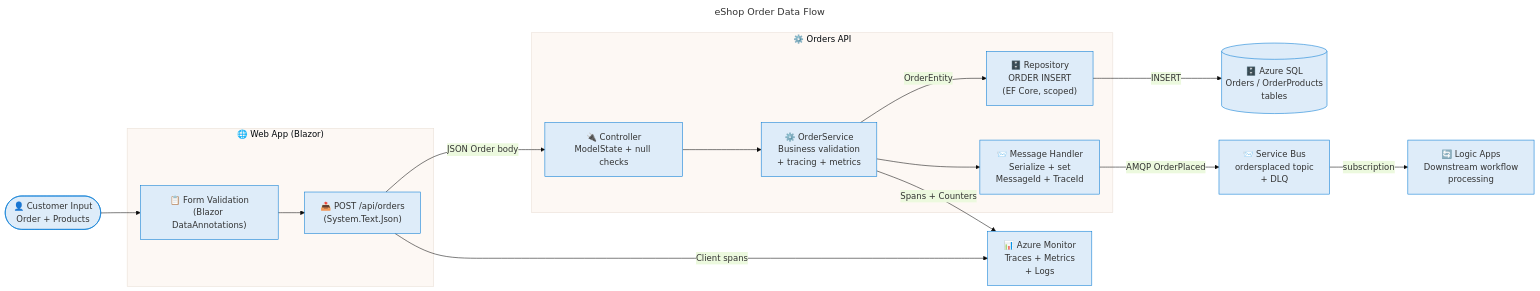
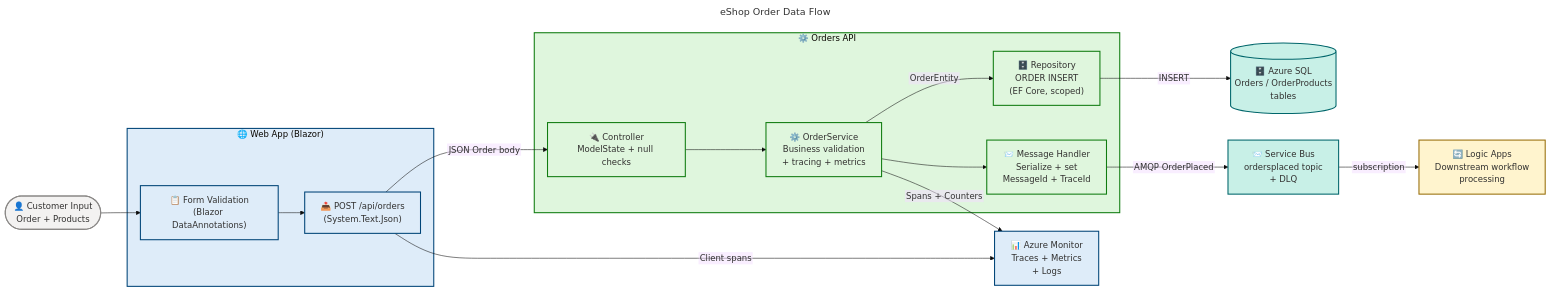
Before and after one commit to Evilazaro/Azure-LogicApps-Monitoring: the eighth of 9 diagrams in docs/architecture/Application-Layer-Architecture.md, drawn with Mermaid. The commit also changed other lines of this file, not shown here.

Commit message:
docs: enhance clarity and accessibility in Application Layer architecture diagrams

````diff
--- a/docs/architecture/Application-Layer-Architecture.md
+++ b/docs/architecture/Application-Layer-Architecture.md
@@ -1944,44 +2018,66 @@
 ```mermaid
 ---
-title: eShop Order Data Flow
+title: "eShop Order Data Flow"
 config:
   theme: base
   themeVariables:
-    primaryColor: '#DEECF9'
-    primaryBorderColor: '#0078D4'
+    fontSize: '16px'
+  flowchart:
+    htmlLabels: false
 ---
 flowchart LR
     accTitle: eShop Application Order Data Flow Diagram
     accDescr: Shows how order data flows from customer input through UI validation, API processing, SQL persistence, and Service Bus publication to downstream Logic Apps
+
+    %% ═══════════════════════════════════════════════════════════════════════════
+    %% AZURE / FLUENT ARCHITECTURE PATTERN v1.1
+    %% (Semantic + Structural + Font + Accessibility Governance)
+    %% ═══════════════════════════════════════════════════════════════════════════
 
     start(["👤 Customer Input<br/>Order + Products"])
 
     subgraph webui["🌐 Web App (Blazor)"]
         formVal["📋 Form Validation<br/>(Blazor DataAnnotations)"]
         httpPost["📤 POST /api/orders<br/>(System.Text.Json)"]
     end
 
     subgraph ordapi["⚙️ Orders API"]
         ctrl2["🔌 Controller<br/>ModelState + null checks"]
         svcLogic["⚙️ OrderService<br/>Business validation<br/>+ tracing + metrics"]
         repoWrite["🗄️ Repository<br/>ORDER INSERT<br/>(EF Core, scoped)"]
         eventPub["📨 Message Handler<br/>Serialize + set<br/>MessageId + TraceId"]
     end
 
     sqlStore[("🗄️ Azure SQL<br/>Orders / OrderProducts<br/>tables")]
     sbTopic["📨 Service Bus<br/>ordersplaced topic<br/>+ DLQ"]
     laConsumer["🔄 Logic Apps<br/>Downstream workflow<br/>processing"]
     otelCol["📊 Azure Monitor<br/>Traces + Metrics<br/>+ Logs"]
 
     start --> formVal
     formVal --> httpPost
     httpPost -->|"JSON Order body"| ctrl2
     ctrl2 --> svcLogic
     svcLogic -->|"OrderEntity"| repoWrite
     repoWrite -->|"INSERT"| sqlStore
     svcLogic --> eventPub
     eventPub -->|"AMQP OrderPlaced"| sbTopic
     sbTopic -->|"subscription"| laConsumer
     svcLogic -->|"Spans + Counters"| otelCol
     httpPost -->|"Client spans"| otelCol
+
+    classDef azureBlue fill:#DEECF9,stroke:#004578,stroke-width:2px,color:#323130
+    classDef successGreen fill:#DFF6DD,stroke:#107C10,stroke-width:2px,color:#323130
+    classDef warningYellow fill:#FFF4CE,stroke:#986F0B,stroke-width:2px,color:#323130
+    classDef presenceTeal fill:#C8F0E7,stroke:#00666B,stroke-width:2px,color:#323130
+    classDef neutralGrey fill:#F3F2F1,stroke:#8A8886,stroke-width:2px,color:#323130
+
+    class start neutralGrey
+    class formVal,httpPost azureBlue
+    class ctrl2,svcLogic,repoWrite,eventPub successGreen
+    class sqlStore,sbTopic presenceTeal
+    class laConsumer warningYellow
+    class otelCol azureBlue
+
+    style webui fill:#DEECF9,stroke:#004578,stroke-width:2px,color:#323130
+    style ordapi fill:#DFF6DD,stroke:#107C10,stroke-width:2px,color:#323130
 ```
````
